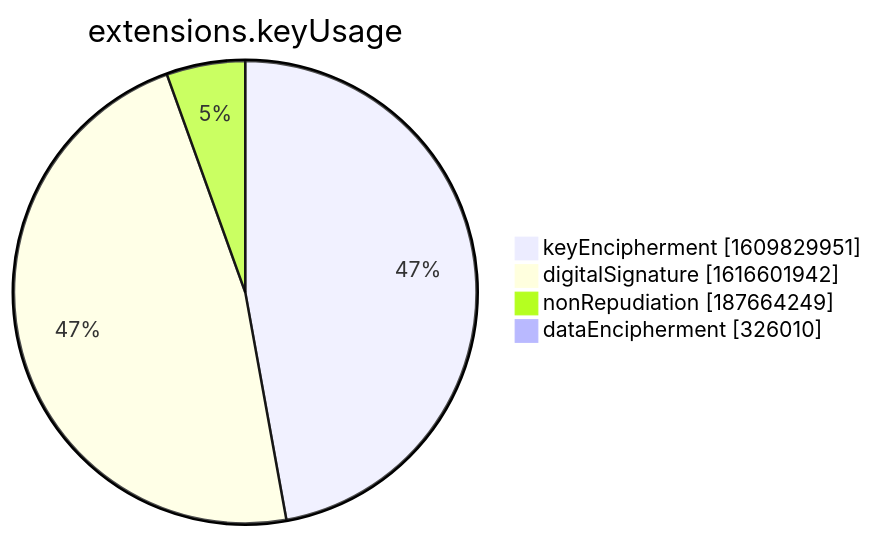
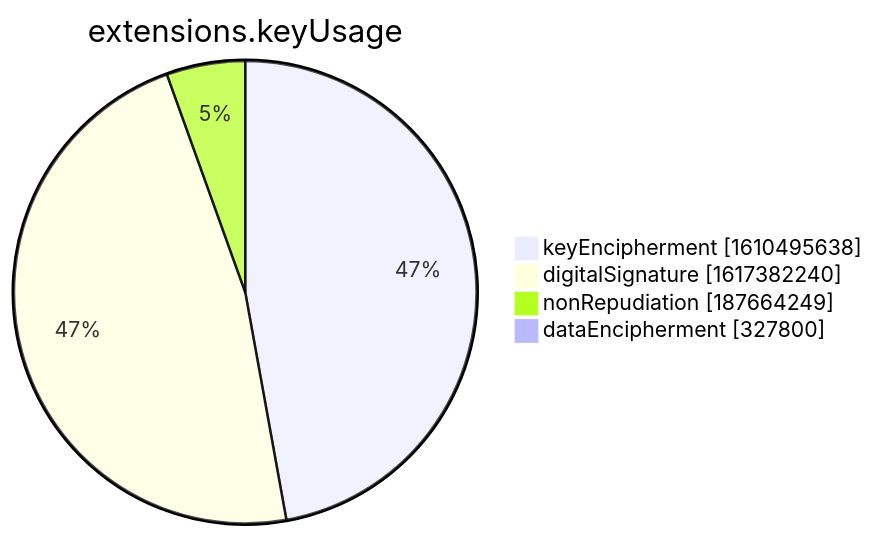
The seventh of 15 diagrams in xenon2022/README.md (christiankrug/ctmonitor_visualization), drawn with Mermaid before and after one commit. The commit also changed other lines of this file, not shown here.

````diff
--- a/xenon2022/README.md
+++ b/xenon2022/README.md
@@ -2855,8 +2855,8 @@
 ```mermaid
 pie showData
 title extensions.keyUsage
-"keyEncipherment" :1609829951
-"digitalSignature" :1616601942
+"keyEncipherment" :1610495638
+"digitalSignature" :1617382240
 "nonRepudiation" :187664249
-"dataEncipherment" :326010
+"dataEncipherment" :327800
 ```
````
